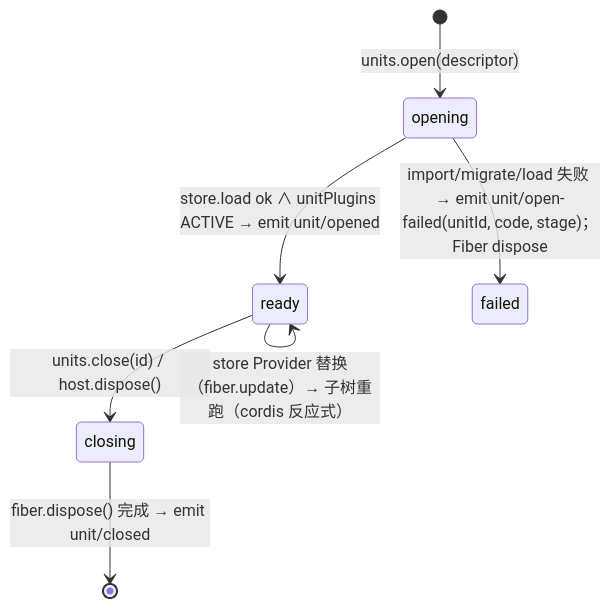
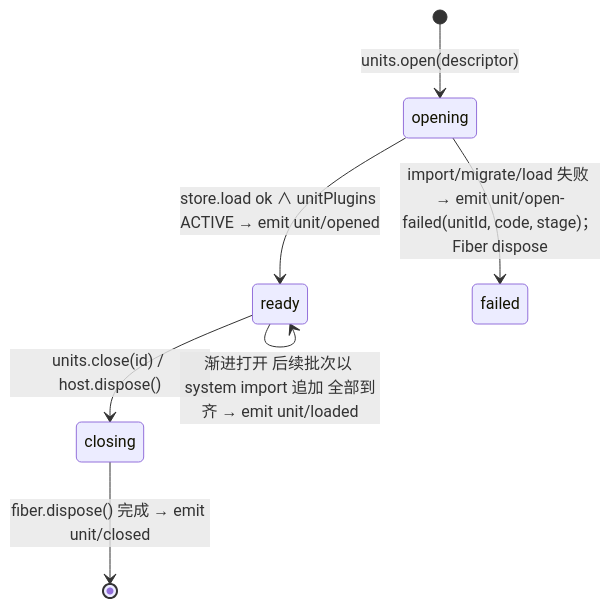
The third of 11 diagrams in docs/40-modules/02-kernel-protocol-and-document-core.md (Xeonice/cordis-ppt-editor), drawn with Mermaid before and after one commit. The commit also changed other lines of this file and 22 other files, not shown here.

First line of the commit message:
docs(modules): 新增架构图集 18/19，补图并按 §4.18 回写模块设计线

````diff
--- a/docs/40-modules/02-kernel-protocol-and-document-core.md
+++ b/docs/40-modules/02-kernel-protocol-and-document-core.md
@@ -147,9 +188,10 @@
 ```mermaid
 stateDiagram-v2
   [*] --> opening: units.open(descriptor)
   opening --> ready: store.load ok ∧ unitPlugins ACTIVE → emit unit/opened
   opening --> failed: import/migrate/load 失败 → emit unit/open-failed(unitId, code, stage)；Fiber dispose
   ready --> closing: units.close(id) / host.dispose()
   closing --> [*]: fiber.dispose() 完成 → emit unit/closed
   ready --> ready: store Provider 替换（fiber.update）→ 子树重跑（cordis 反应式）
+  ready --> ready: 渐进打开 后续批次以 system import 追加 全部到齐 → emit unit/loaded
 ```
````
